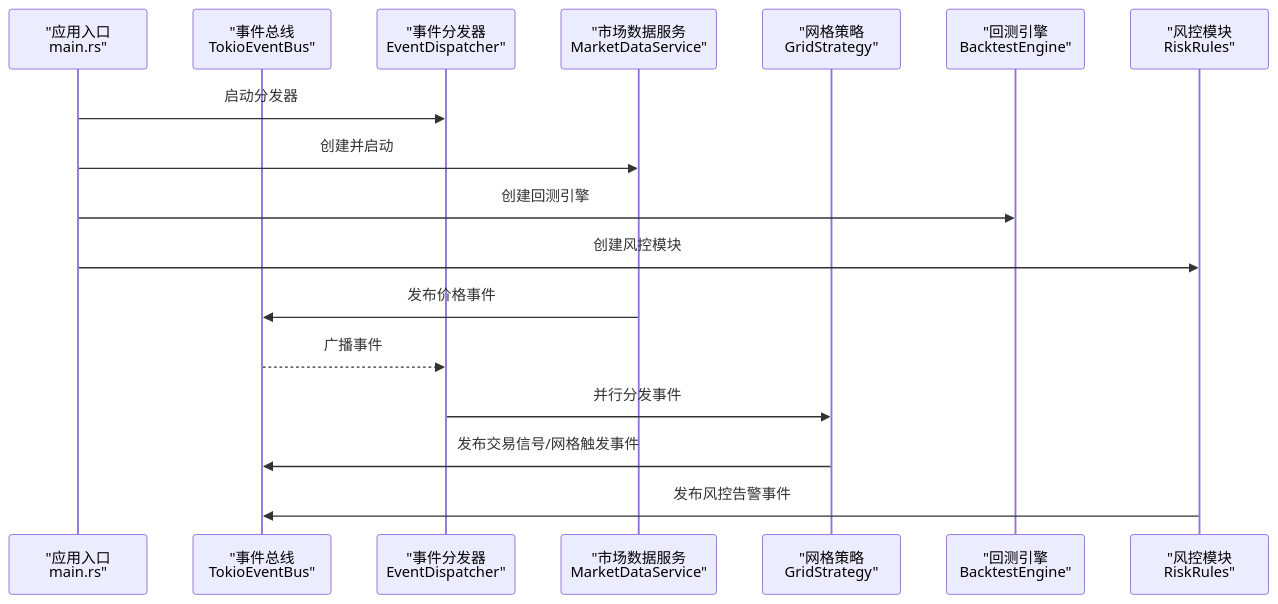
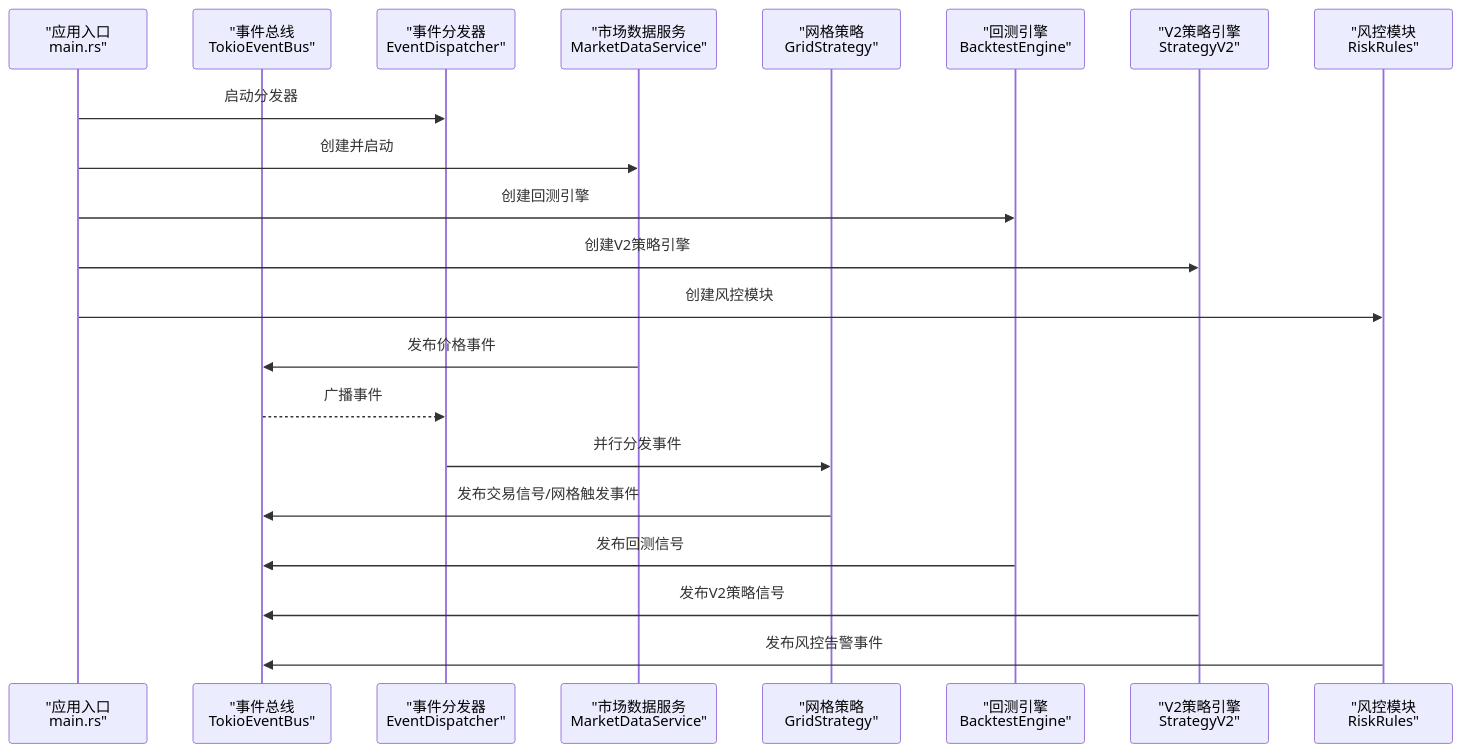
One commit to Heres1/binanceWebsocket changed the second of 6 diagrams in .qoder/repowiki/zh/content/部署运维/部署配置.md. Above: the diagram before and after it, drawn with Mermaid. The commit also changed other lines of this file and 10 other files, not shown here.

````diff
--- a/.qoder/repowiki/zh/content/部署运维/部署配置.md
+++ b/.qoder/repowiki/zh/content/部署运维/部署配置.md
@@ -112,19 +118,23 @@
 ```mermaid
 sequenceDiagram
 participant App as "应用入口<br/>main.rs"
 participant Bus as "事件总线<br/>TokioEventBus"
 participant Disp as "事件分发器<br/>EventDispatcher"
 participant MDS as "市场数据服务<br/>MarketDataService"
 participant Strat as "网格策略<br/>GridStrategy"
 participant BT as "回测引擎<br/>BacktestEngine"
+participant BT_V2 as "V2策略引擎<br/>StrategyV2"
 participant Risk as "风控模块<br/>RiskRules"
 App->>Disp : 启动分发器
 App->>MDS : 创建并启动
 App->>BT : 创建回测引擎
+App->>BT_V2 : 创建V2策略引擎
 App->>Risk : 创建风控模块
 MDS->>Bus : 发布价格事件
 Bus-->>Disp : 广播事件
 Disp->>Strat : 并行分发事件
 Strat->>Bus : 发布交易信号/网格触发事件
+BT->>Bus : 发布回测信号
+BT_V2->>Bus : 发布V2策略信号
 Risk->>Bus : 发布风控告警事件
 ```
````
